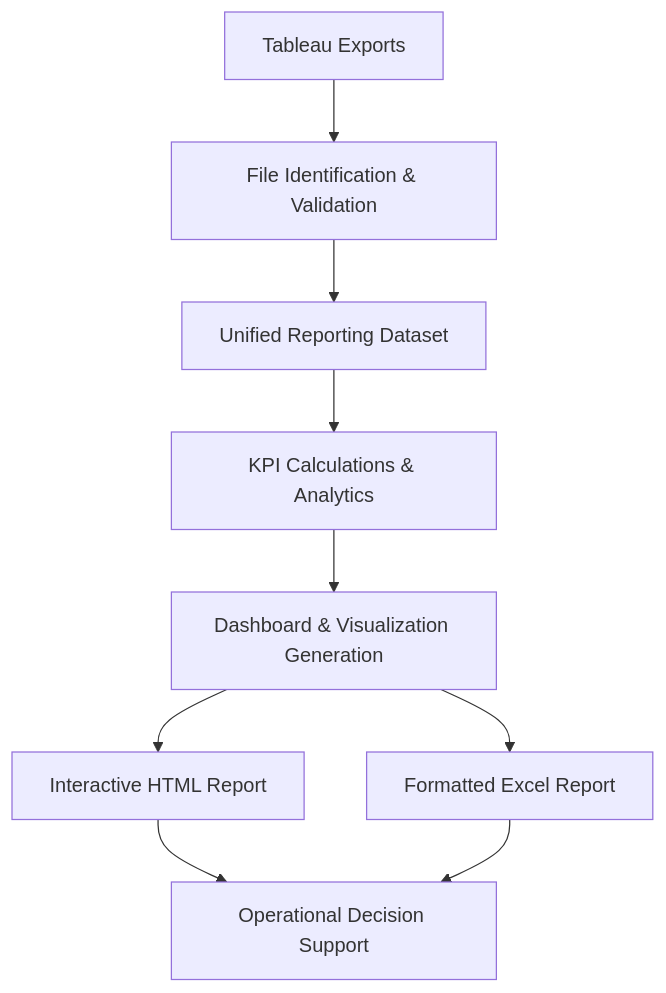
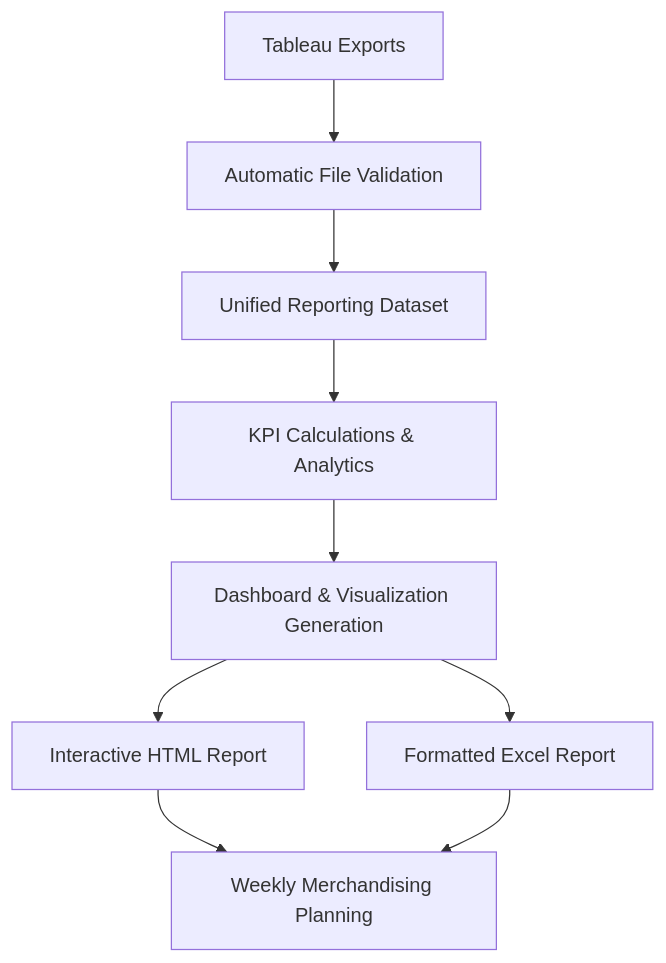
One commit to DiazIturbe/retail-performance-reporting-platform changed the diagram in README.md. Above: the diagram before and after it, drawn with Mermaid. The commit also changed other lines of this file, not shown here.

````diff
--- a/README.md
+++ b/README.md
@@ -51,11 +108,11 @@
 ```mermaid
 flowchart TD
-    A[Tableau Exports] --> B[File Identification & Validation]
+    A[Tableau Exports] --> B[Automatic File Validation]
     B --> C[Unified Reporting Dataset]
     C --> D[KPI Calculations & Analytics]
     D --> E[Dashboard & Visualization Generation]
     E --> F[Interactive HTML Report]
     E --> G[Formatted Excel Report]
-    F --> H[Operational Decision Support]
+    F --> H[Weekly Merchandising Planning]
     G --> H
 ```
````
